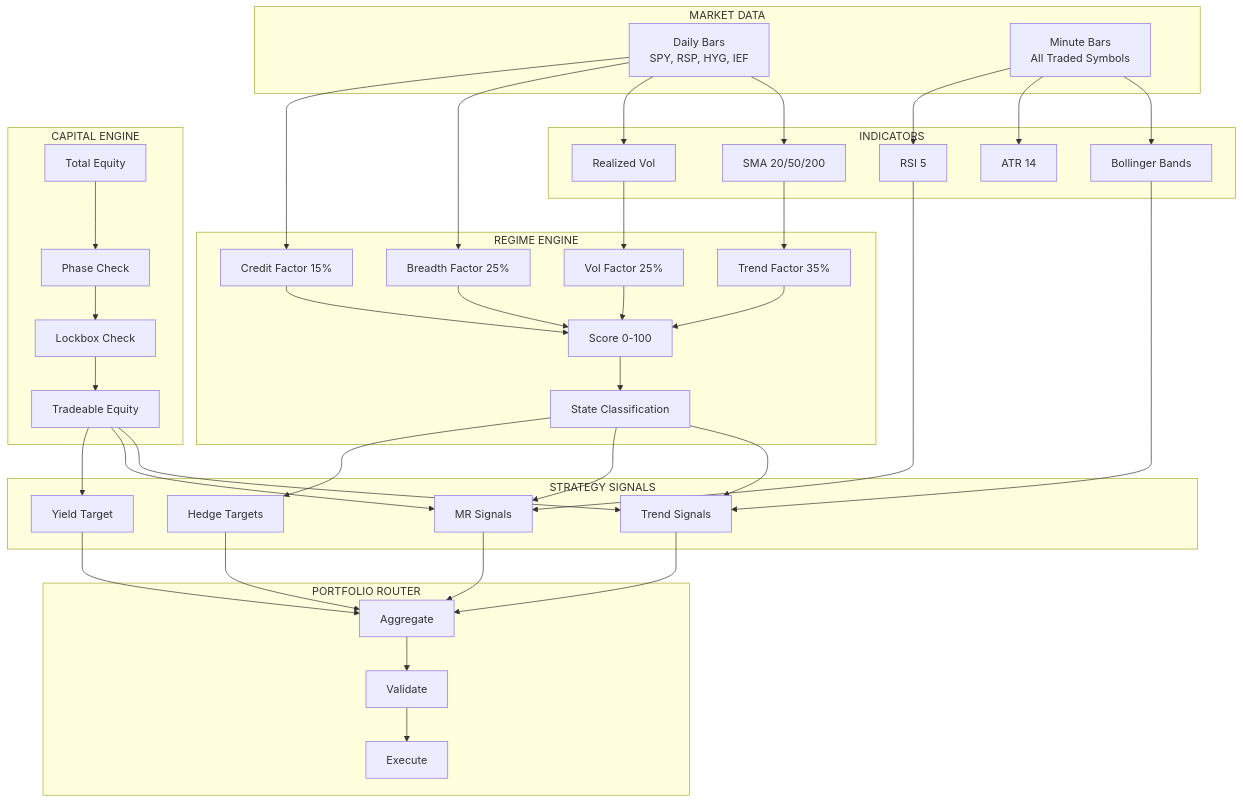
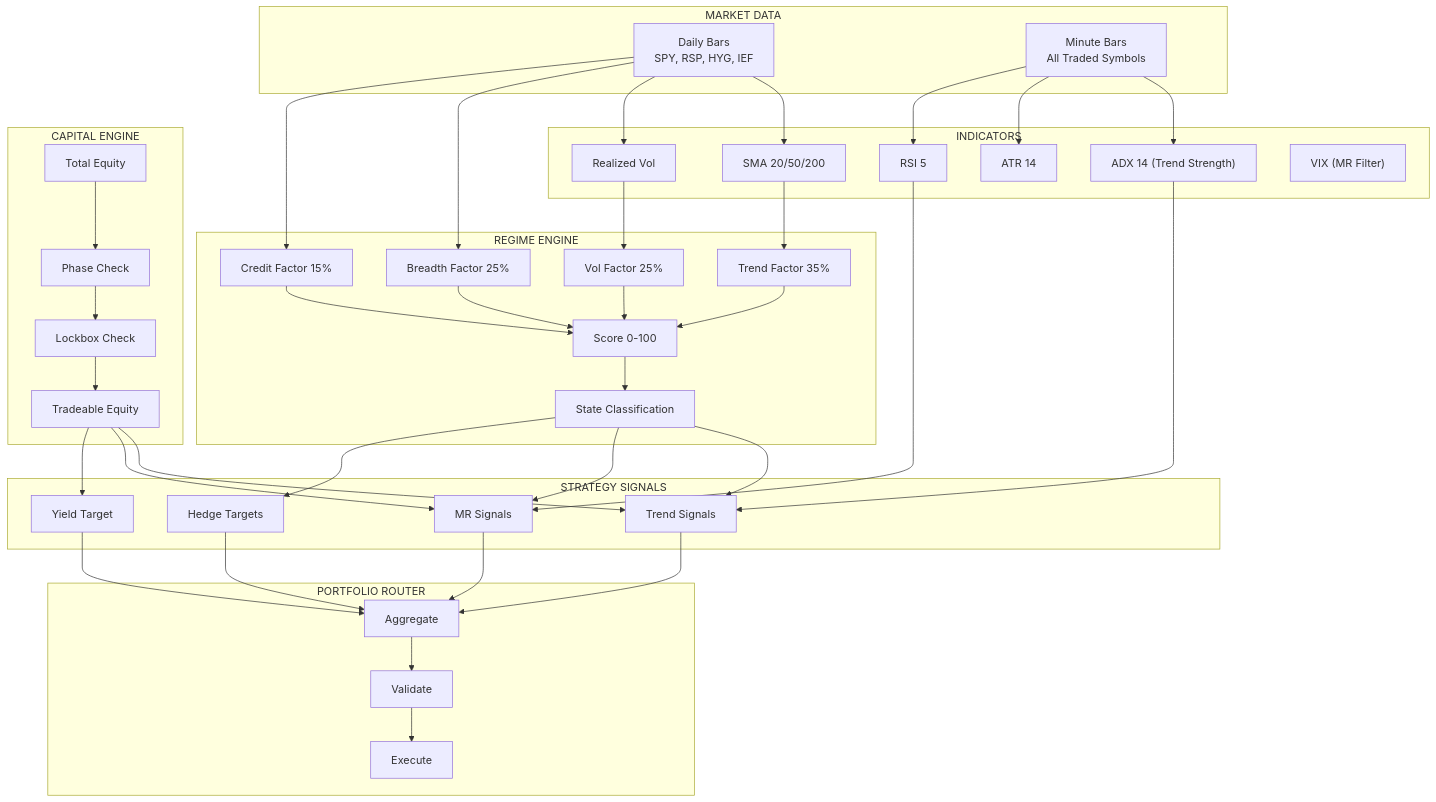
The second of 3 diagrams in docs/02-system-architecture.md (vickdavinci/alpha-nextgen-v2-private), drawn with Mermaid before and after one commit. The commit also changed other lines of this file and 4 other files, not shown here.

First line of the commit message:
docs: update documentation to V2.1 architecture

````diff
--- a/docs/02-system-architecture.md
+++ b/docs/02-system-architecture.md
@@ -143,62 +144,63 @@
 ```mermaid
 flowchart TB
     subgraph MARKET["MARKET DATA"]
         MD1["Daily Bars<br/>SPY, RSP, HYG, IEF"]
         MD2["Minute Bars<br/>All Traded Symbols"]
     end
 
     subgraph INDICATORS["INDICATORS"]
         IND1["SMA 20/50/200"]
-        IND2["Bollinger Bands"]
+        IND2["ADX 14 (Trend Strength)"]
         IND3["ATR 14"]
         IND4["RSI 5"]
         IND5["Realized Vol"]
+        IND6["VIX (MR Filter)"]
     end
 
     subgraph REGIME["REGIME ENGINE"]
         RE1["Trend Factor 35%"]
         RE2["Vol Factor 25%"]
         RE3["Breadth Factor 25%"]
         RE4["Credit Factor 15%"]
         RE5["Score 0-100"]
         RE6["State Classification"]
     end
 
     subgraph CAPITAL["CAPITAL ENGINE"]
         CE1["Total Equity"]
         CE2["Phase Check"]
         CE3["Lockbox Check"]
         CE4["Tradeable Equity"]
     end
 
     subgraph STRATEGIES["STRATEGY SIGNALS"]
         ST1["Trend Signals"]
         ST2["MR Signals"]
         ST3["Hedge Targets"]
         ST4["Yield Target"]
     end
 
     subgraph ROUTER["PORTFOLIO ROUTER"]
         RO1["Aggregate"]
         RO2["Validate"]
         RO3["Execute"]
     end
 
     MD1 --> IND1 & IND5
     MD2 --> IND2 & IND3 & IND4
 
     IND1 --> RE1
     IND5 --> RE2
     MD1 --> RE3 & RE4
 
     RE1 & RE2 & RE3 & RE4 --> RE5 --> RE6
 
     CE1 --> CE2 --> CE3 --> CE4
 
     RE6 --> ST1 & ST2 & ST3
     CE4 --> ST1 & ST2 & ST4
     IND2 --> ST1
     IND4 --> ST2
 
     ST1 & ST2 & ST3 & ST4 --> RO1 --> RO2 --> RO3
 ```
````
